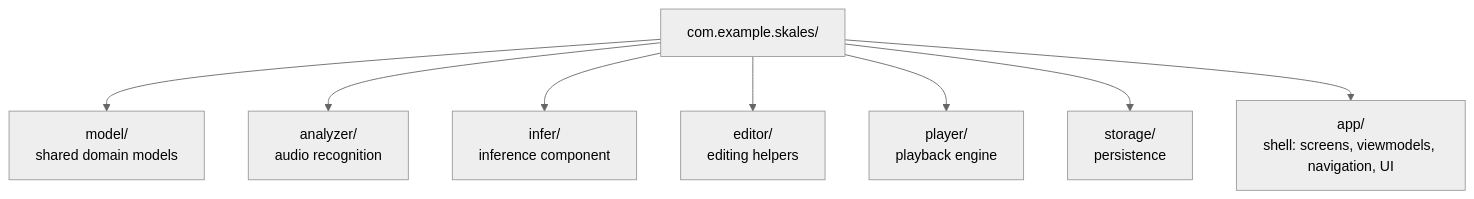
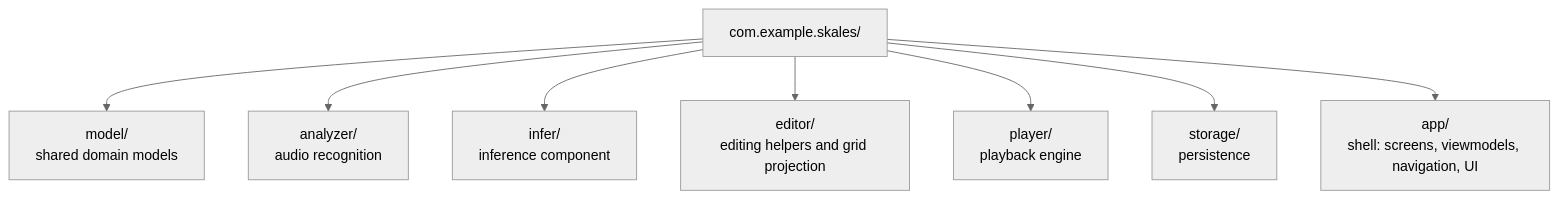
Before and after one commit to robertdyr/skales-v1: the fourth of 5 diagrams in docs/architecture/overview.md, drawn with Mermaid (neutral theme). The commit also changed other lines of this file and 13 other files, not shown here.

````diff
--- a/docs/architecture/overview.md
+++ b/docs/architecture/overview.md
@@ -105,11 +105,11 @@
 ```mermaid
 flowchart TD
     Root["com.example.skales/"]
     Root --> ModelDir["model/<br/>shared domain models"]
     Root --> AnalyzerDir["analyzer/<br/>audio recognition"]
     Root --> InferDir["infer/<br/>inference component"]
-    Root --> EditorDir["editor/<br/>editing helpers"]
+    Root --> EditorDir["editor/<br/>editing helpers and grid projection"]
     Root --> PlayerDir["player/<br/>playback engine"]
     Root --> StorageDir["storage/<br/>persistence"]
     Root --> AppDir["app/<br/>shell: screens, viewmodels, navigation, UI"]
 ```
````
